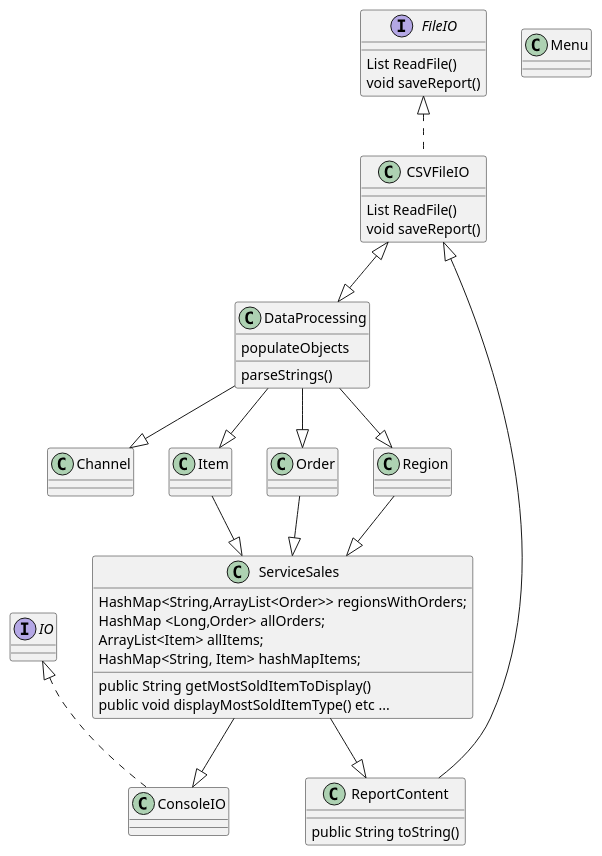
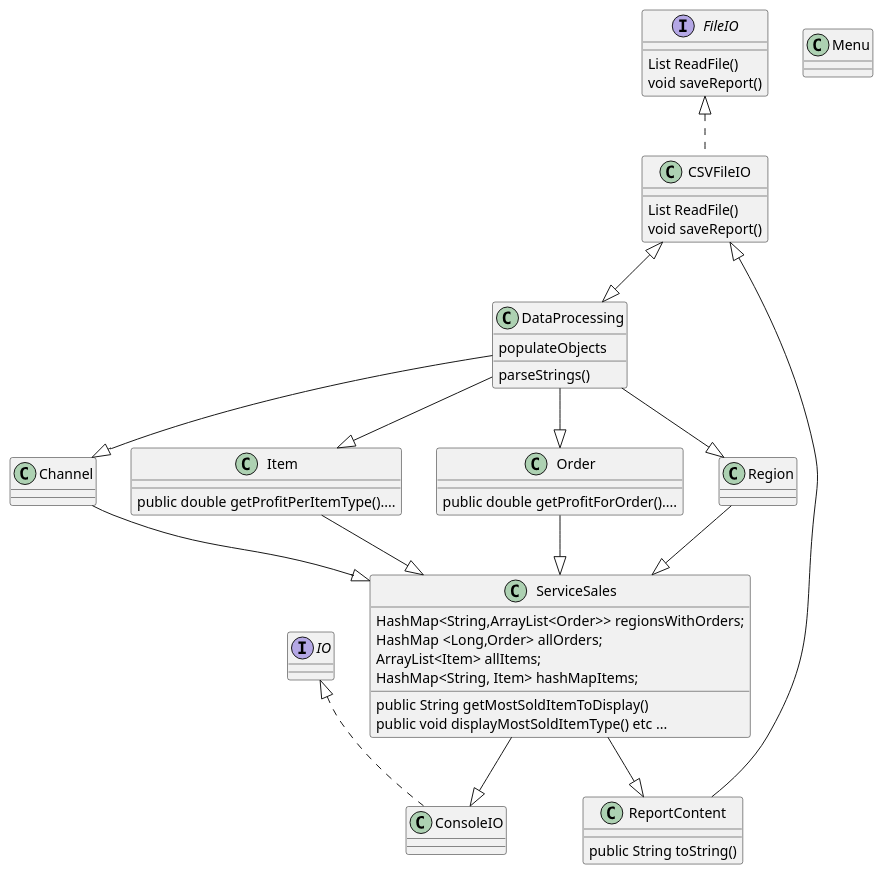
The diagram in design/ReskillAssignmentOne - Svetlana & Tom.puml (TomForsell/ReskillAssignmentOne), drawn with PlantUML before and after one commit.

Commit message:
drawing UML

```diff
--- a/design/ReskillAssignmentOne - Svetlana & Tom.puml
+++ b/design/ReskillAssignmentOne - Svetlana & Tom.puml
@@ -1,49 +1,56 @@
 @startuml
 'https://plantuml.com/class-diagram
 
 class Channel
 class ConsoleIO implements IO
 class CSVFileIO implements FileIO{
 List ReadFile()
 void saveReport()
 }
 class DataProcessing{
 parseStrings()
 populateObjects
 }
 interface FileIO{
 List ReadFile()
 void saveReport()
 }
 
 interface IO
-class Item
+class Item{
+public double getProfitPerItemType()....
+
+
+}
 class Menu
-class Order
+class Order{
+public double getProfitForOrder()....
+}
 class Region
 class ReportContent{
 public String toString()
 }
 class ServiceSales{
  HashMap<String,ArrayList<Order>> regionsWithOrders;
  HashMap <Long,Order> allOrders;
  ArrayList<Item> allItems;
  HashMap<String, Item> hashMapItems;
   public String getMostSoldItemToDisplay()
   public void displayMostSoldItemType() etc ...
 }
 
 
 CSVFileIO <|-- ReportContent
 CSVFileIO <|--|> DataProcessing
 DataProcessing --|> Order
 Item --|> ServiceSales
 Region --|> ServiceSales
 
 DataProcessing --|> Region
 DataProcessing --|> Item
 DataProcessing --|> Channel
 ServiceSales --|> ReportContent
 ServiceSales --|> ConsoleIO
 Order --|> ServiceSales
+Channel --|> ServiceSales
 @enduml
```
